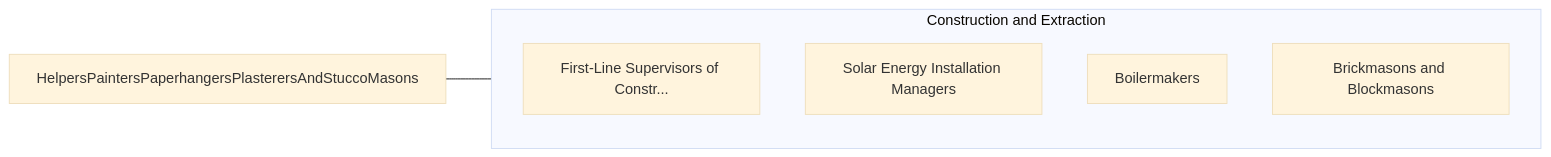
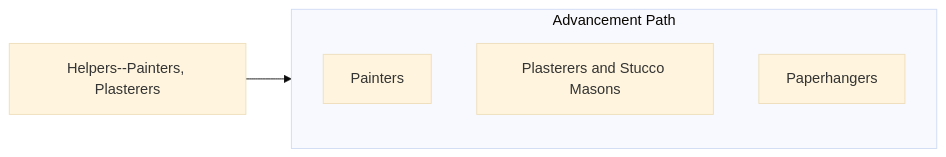
One commit to kziemski/business.org.ai changed the fourth of 4 diagrams in occupations/Construction/HelpersPaintersPaperhangersPlasterersAndStuccoMasons.mdx. Above: the diagram before and after it, drawn with Mermaid (base theme). The commit also changed other lines of this file and 938 other files, not shown here.

````diff
--- a/occupations/Construction/HelpersPaintersPaperhangersPlasterersAndStuccoMasons.mdx
+++ b/occupations/Construction/HelpersPaintersPaperhangersPlasterersAndStuccoMasons.mdx
@@ -102,13 +149,12 @@
 ```mermaid
 graph LR
-    Current["HelpersPaintersPaperhangersPlasterersAndStuccoMasons"]
+    Current["Helpers--Painters, Plasterers"]
 
-    subgraph SameCategory["Construction and Extraction"]
-        FirstLineSupervisors["First-Line Supervisors of Constr..."]
-        SolarEnergyInstallat["Solar Energy Installation Managers"]
-        Boilermakers["Boilermakers"]
-        BrickmasonsAndBlockm["Brickmasons and Blockmasons"]
+    subgraph Advancement["Advancement Path"]
+        Painter["Painters"]
+        Plasterer["Plasterers and Stucco Masons"]
+        Paperhanger["Paperhangers"]
     end
 
-    Current --- SameCategory
+    Current --> Advancement
 ```
````
